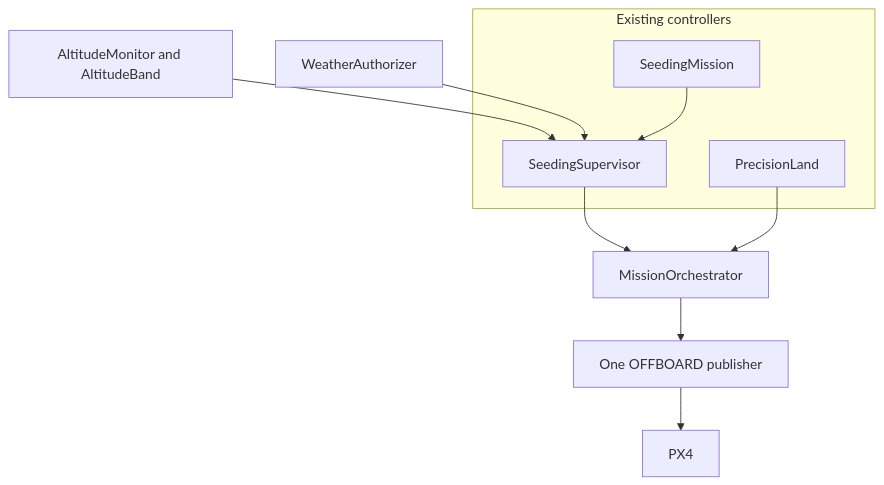
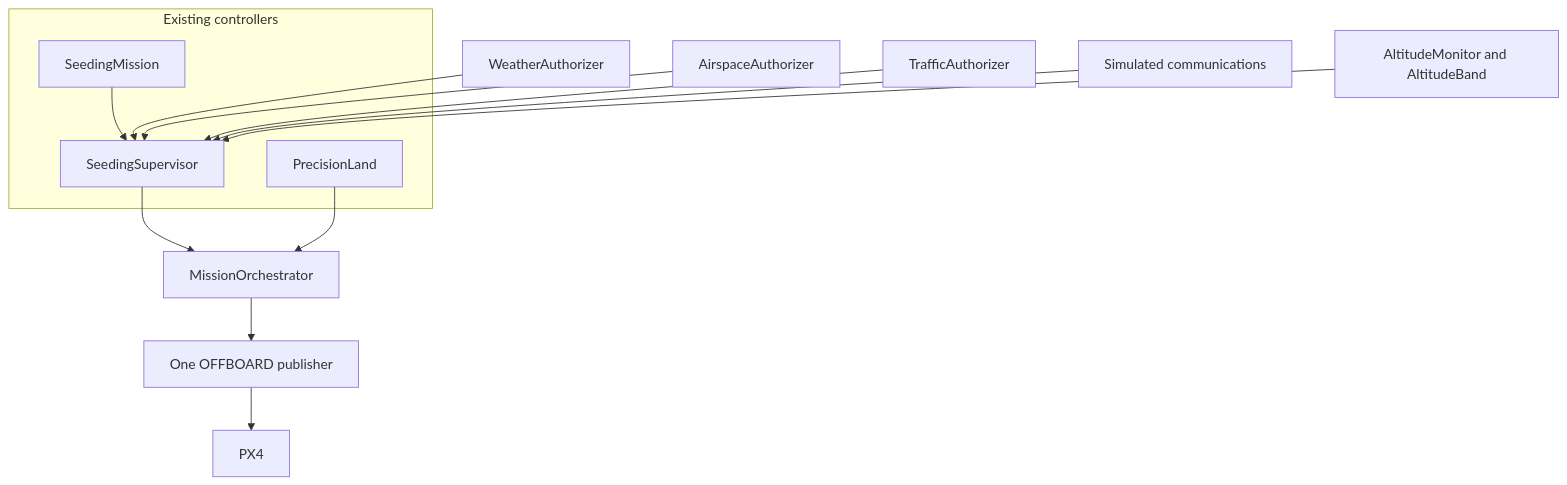
Before and after one commit to abelxmendoza/PX4-Autonomous-Missions: the diagram in docs/integrated_seeding.md, drawn with Mermaid. The commit also changed other lines of this file and 156 other files, not shown here.

````diff
--- a/docs/integrated_seeding.md
+++ b/docs/integrated_seeding.md
@@ -18,20 +20,26 @@
 ```mermaid
 flowchart TD
   subgraph existing [Existing controllers]
     mission[SeedingMission]
     supervisor[SeedingSupervisor]
     lander[PrecisionLand]
   end
   weather[WeatherAuthorizer]
+  airspace[AirspaceAuthorizer]
+  traffic[TrafficAuthorizer]
+  comms[Simulated communications]
   altitude[AltitudeMonitor and AltitudeBand]
   orch[MissionOrchestrator]
   pub[One OFFBOARD publisher]
   px4[PX4]
 
   altitude --> supervisor
   weather --> supervisor
+  airspace --> supervisor
+  traffic --> supervisor
+  comms --> supervisor
   mission --> supervisor
   supervisor --> orch
   lander --> orch
   orch --> pub --> px4
 ```
````
